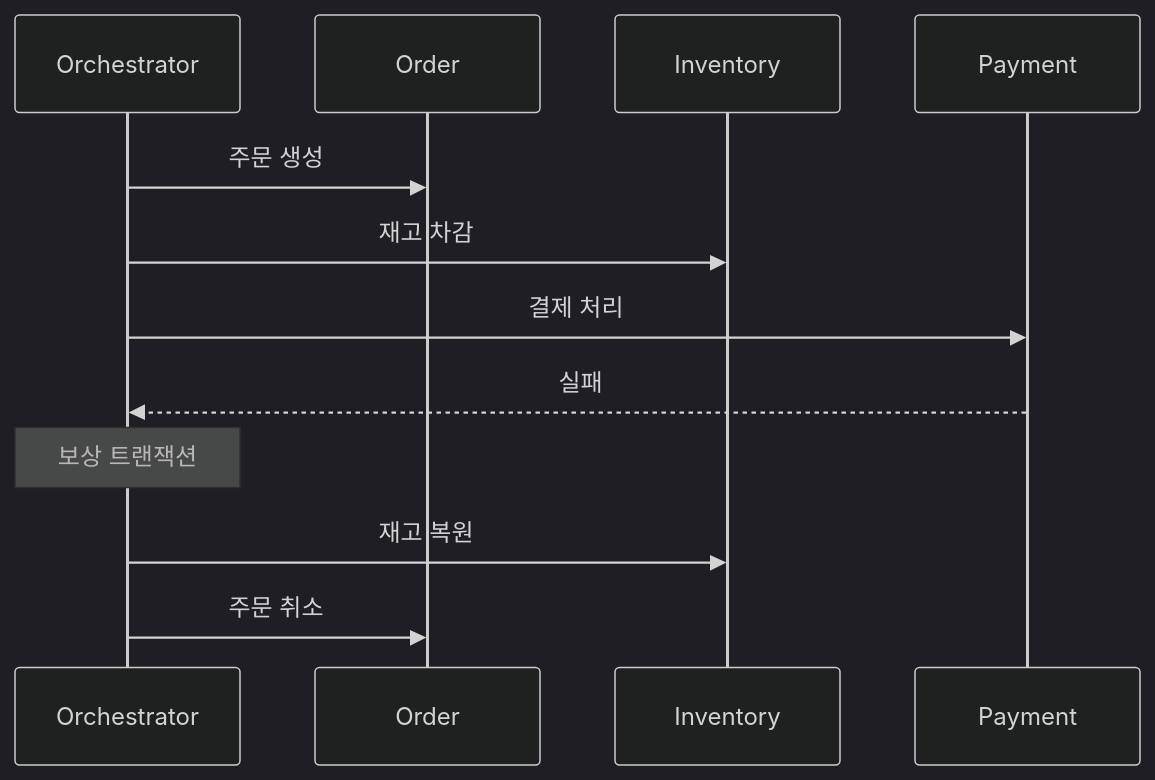
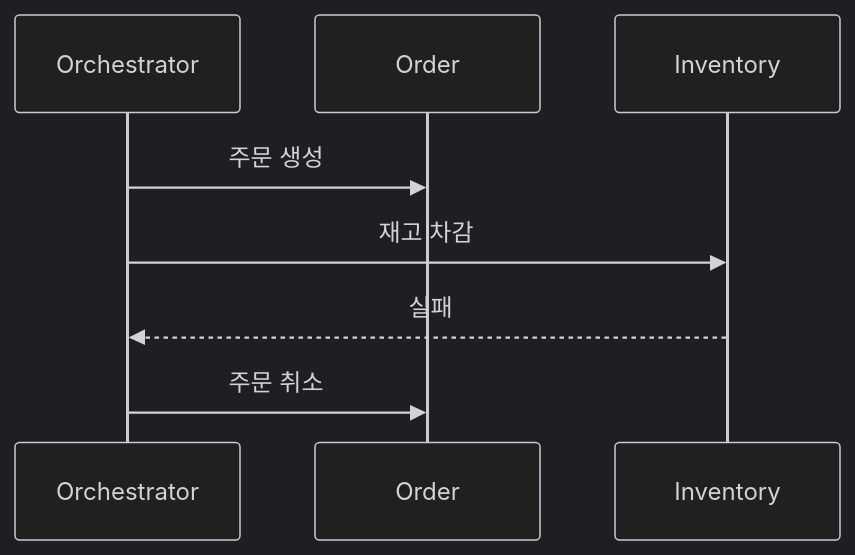
One commit to yjkim2015/yjkim2015.github.io changed the fifth of 8 diagrams in _posts/spring/2026-05-01-distributed-transaction.md. Above: the diagram before and after it, drawn with Mermaid (dark theme). The commit also changed other lines of this file and 155 other files, not shown here.

First line of the commit message:
Mermaid 전면 수정: subgraph 제거, participant/노드/줄수 축소 (342블록)

````diff
--- a/_posts/spring/2026-05-01-distributed-transaction.md
+++ b/_posts/spring/2026-05-01-distributed-transaction.md
@@ -139,14 +133,10 @@
 ```mermaid
 sequenceDiagram
     participant SO as Orchestrator
     participant OS as Order
     participant IS as Inventory
-    participant PS as Payment
     SO->>OS: 주문 생성
     SO->>IS: 재고 차감
-    SO->>PS: 결제 처리
-    PS-->>SO: 실패
-    Note over SO: 보상 트랜잭션
-    SO->>IS: 재고 복원
+    IS-->>SO: 실패
     SO->>OS: 주문 취소
 ```
````
